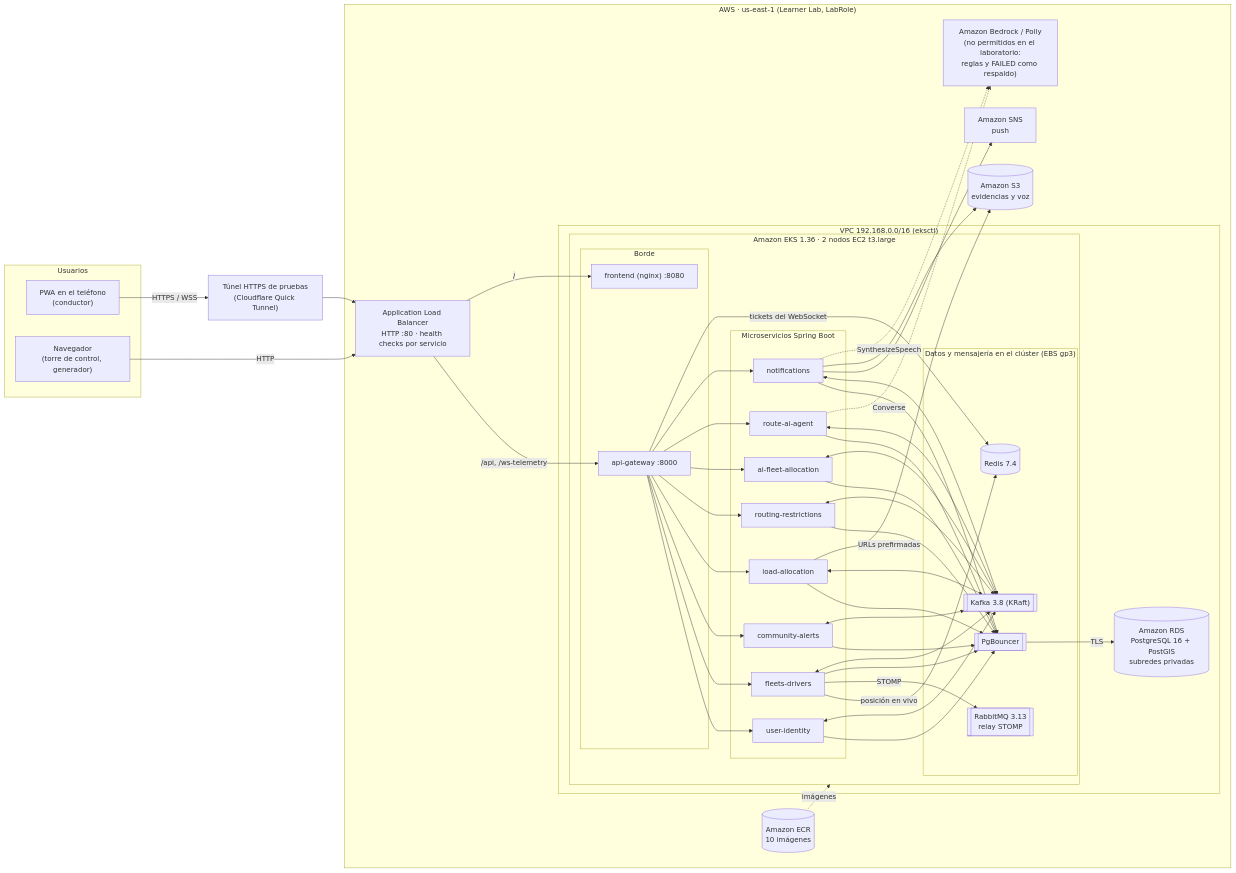
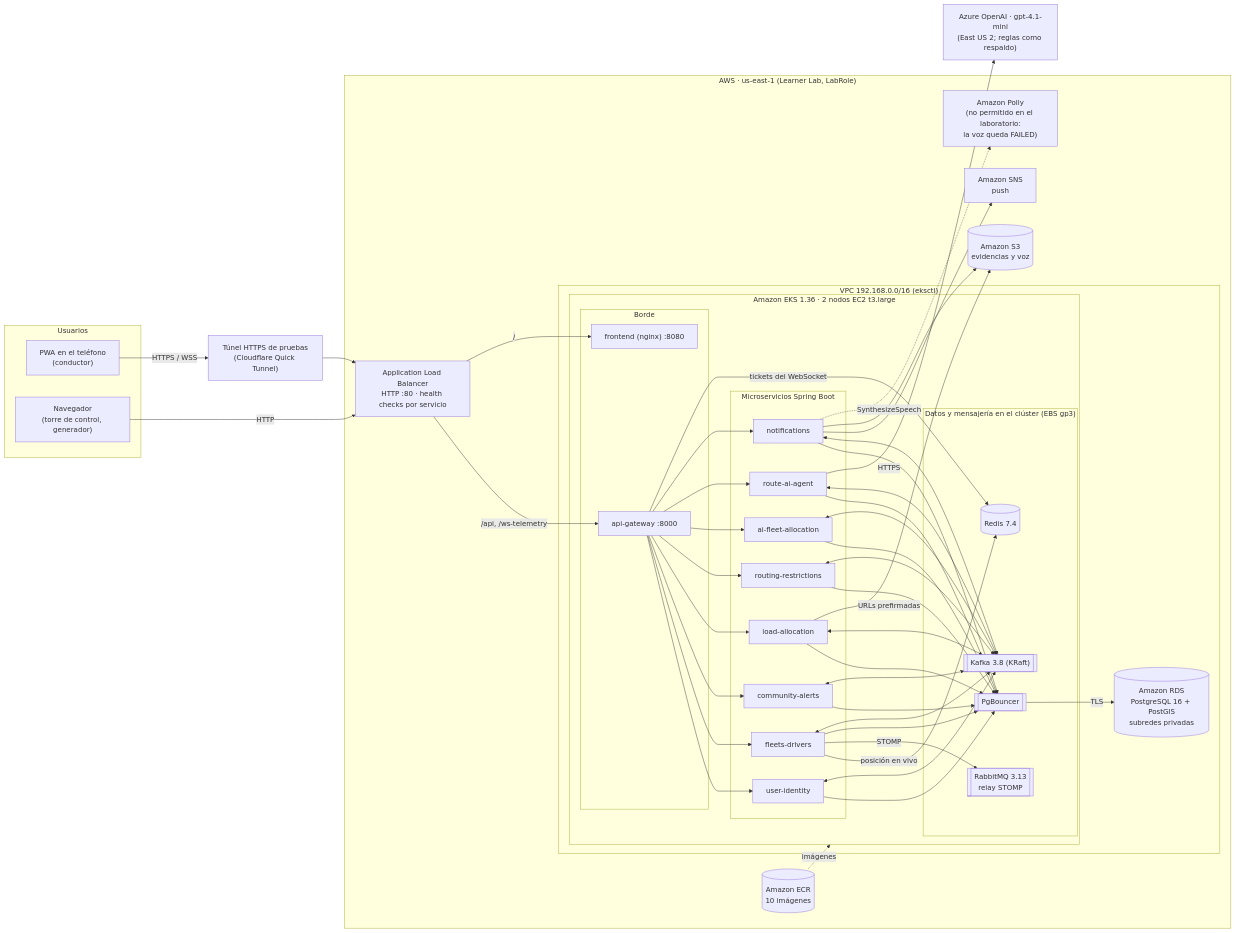
The first of 4 diagrams in docs/arquitectura/ARQUITECTURA.md (TRUCKCAR-APP/Deployment-Infrastructure), drawn with Mermaid before and after one commit. The commit also changed 6 other files, not shown here.

First line of the commit message:
feat(ia): Azure OpenAI (gpt-4.1-mini) como proveedor de IA del laboratorio

````diff
--- a/docs/arquitectura/ARQUITECTURA.md
+++ b/docs/arquitectura/ARQUITECTURA.md
@@ -9,57 +9,58 @@
 ```mermaid
 flowchart LR
     subgraph users["Usuarios"]
         phone["PWA en el teléfono<br/>(conductor)"]
         desk["Navegador<br/>(torre de control, generador)"]
     end
     tunnel["Túnel HTTPS de pruebas<br/>(Cloudflare Quick Tunnel)"]
 
     subgraph aws["AWS · us-east-1 (Learner Lab, LabRole)"]
         ecr[("Amazon ECR<br/>10 imágenes")]
         alb["Application Load Balancer<br/>HTTP :80 · health checks por servicio"]
         subgraph vpc["VPC 192.168.0.0/16 (eksctl)"]
             subgraph eks["Amazon EKS 1.36 · 2 nodos EC2 t3.large"]
                 subgraph edge["Borde"]
                     gw["api-gateway :8000"]
                     fe["frontend (nginx) :8080"]
                 end
                 subgraph svc["Microservicios Spring Boot"]
                     ui["user-identity"]
                     fd["fleets-drivers"]
                     ca["community-alerts"]
                     la["load-allocation"]
                     rr["routing-restrictions"]
                     ai["ai-fleet-allocation"]
                     ra["route-ai-agent"]
                     nt["notifications"]
                 end
                 subgraph data["Datos y mensajería en el clúster (EBS gp3)"]
                     pb[["PgBouncer"]]
                     kf[["Kafka 3.8 (KRaft)"]]
                     rmq[["RabbitMQ 3.13<br/>relay STOMP"]]
                     rd[("Redis 7.4")]
                 end
             end
             rds[("Amazon RDS<br/>PostgreSQL 16 + PostGIS<br/>subredes privadas")]
         end
         s3[("Amazon S3<br/>evidencias y voz")]
         sns["Amazon SNS<br/>push"]
-        ai_svc["Amazon Bedrock / Polly<br/>(no permitidos en el laboratorio:<br/>reglas y FAILED como respaldo)"]
+        ai_svc["Amazon Polly<br/>(no permitido en el laboratorio:<br/>la voz queda FAILED)"]
     end
+    aoai["Azure OpenAI · gpt-4.1-mini<br/>(East US 2; reglas como respaldo)"]
 
     phone -- HTTPS / WSS --> tunnel --> alb
     desk -- HTTP --> alb
     alb -- "/api, /ws-telemetry" --> gw
     alb -- "/" --> fe
     gw --> ui & fd & ca & la & rr & ai & ra & nt
     gw -- tickets del WebSocket --> rd
     fd -- posición en vivo --> rd
     fd -- STOMP --> rmq
     ui & fd & ca & la & rr & ai & ra & nt --> pb -- TLS --> rds
     ui & fd & ca & la & rr & ai & ra & nt <--> kf
     la -- URLs prefirmadas --> s3
     nt --> sns & s3
-    ra -. Converse .-> ai_svc
+    ra -- HTTPS --> aoai
     nt -. SynthesizeSpeech .-> ai_svc
     ecr -. imágenes .-> eks
 ```
````
